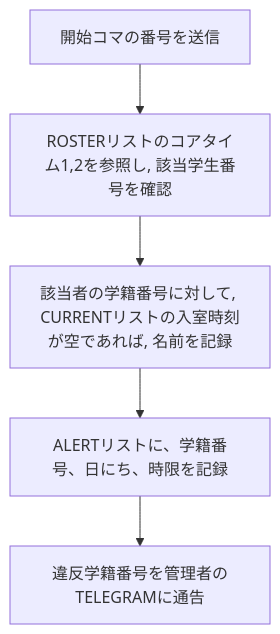
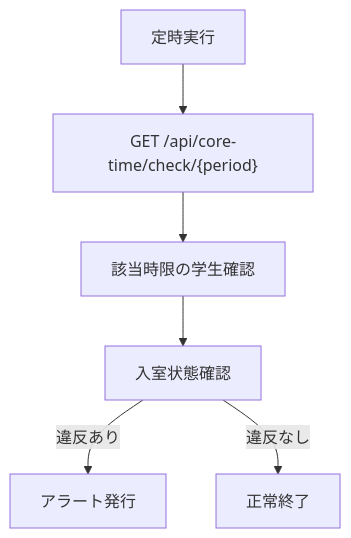
One commit to KazumasaFUJIWARA/AttendanceManager changed the second of 2 diagrams in README.md. Above: the diagram before and after it, drawn with Mermaid. The commit also changed other lines of this file and 11 other files, not shown here.

````diff
--- a/README.md
+++ b/README.md
@@ -32,7 +77,8 @@
 ```mermaid
 graph TD;
-	POST["開始コマの番号を送信"]-->FETCH["ROSTERリストのコアタイム1,2を参照し, 該当学生番号を確認"]
-	FETCH-->CHECK["該当者の学籍番号に対して, CURRENTリストの入室時刻が空であれば, 名前を記録"]
-	CHECK-->LOG["ALERTリストに、学籍番号、日にち、時限を記録"]
-	LOG-->ALERT["違反学籍番号を管理者のTELEGRAMに通告"]
+	TIMER["定時実行"] --> CHECK["GET /api/core-time/check/{period}"]
+	CHECK --> FETCH["該当時限の学生確認"]
+	FETCH --> VERIFY["入室状態確認"]
+	VERIFY --> |違反あり|ALERT["アラート発行"]
+	VERIFY --> |違反なし|OK["正常終了"]
 ```
````
